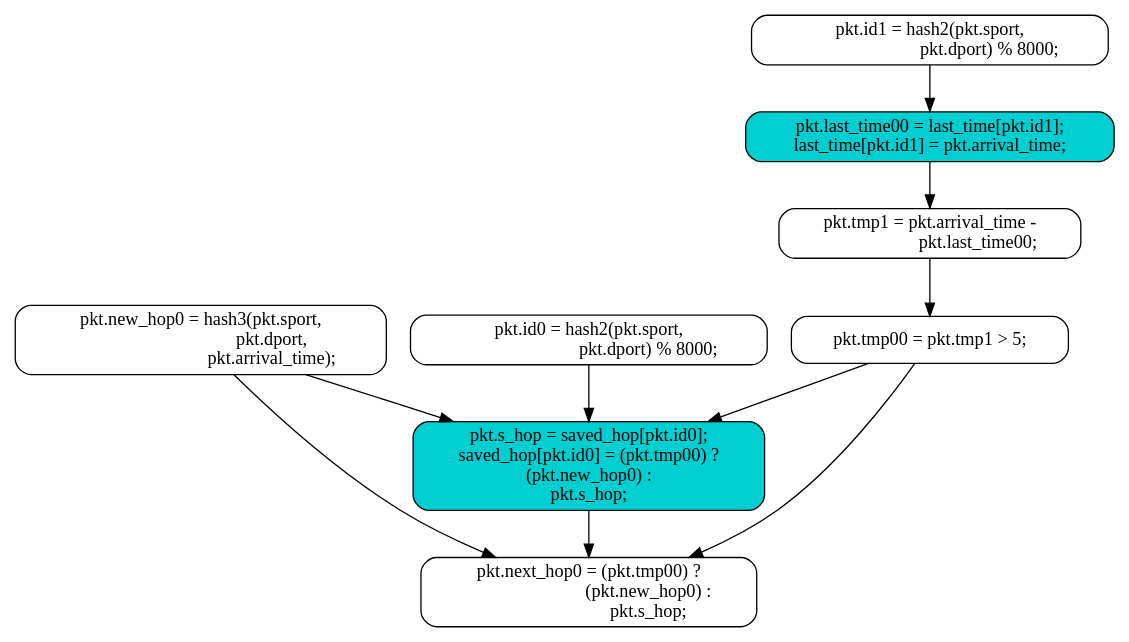
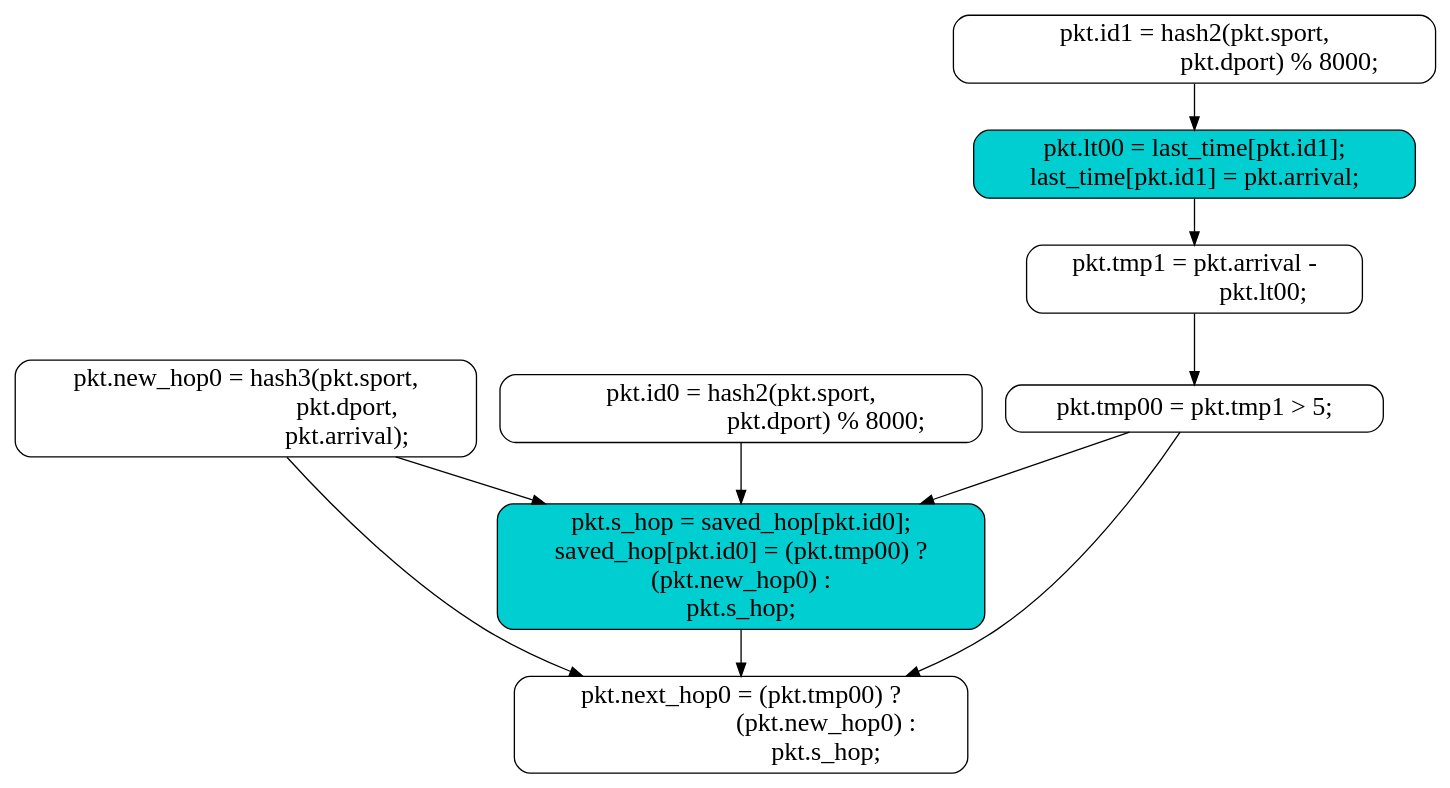
The diagram in pipe.dot (evelinad/domino-paper), drawn with Graphviz before and after one commit. The commit also changed 1 other file, not shown here.

Commit message:
Refine figure a bit further

```diff
--- a/pipe.dot
+++ b/pipe.dot
@@ -1,57 +1,57 @@
 digraph pipeline_diagram {
 	graph [splines=true];
-	node [fontsize=14,
+	node [fontsize=20,
 		shape=box,
 		style="rounded,filled"
 	];
 	17026276795536135580	 [fillcolor=white,
 		label="pkt.id0 = hash2(pkt.sport,
                            pkt.dport) % 8000;
 ",
 		pos="0,0"];
 	1888421132967276013	 [fillcolor=darkturquoise,
 		label="pkt.s_hop = saved_hop[pkt.id0];
 saved_hop[pkt.id0] = (pkt.tmp00) ?\n(pkt.new_hop0) :\npkt.s_hop;
 ",
 		pos="1000,75"];
 	17026276795536135580 -> 1888421132967276013;
 	14189279844170092958	 [fillcolor=white,
 		label="pkt.id1 = hash2(pkt.sport,
                            pkt.dport) % 8000;
 ",
 		pos="0,75"];
 	12446252659599601705	 [fillcolor=darkturquoise,
-		label="pkt.last_time00 = last_time[pkt.id1];
-last_time[pkt.id1] = pkt.arrival_time;
+		label="pkt.lt00 = last_time[pkt.id1];
+last_time[pkt.id1] = pkt.arrival;
 ",
-		pos="250,75"];
+		pos="300,75"];
 	14189279844170092958 -> 12446252659599601705;
 	2099629598090192900	 [fillcolor=white,
 		label="pkt.new_hop0 = hash3(pkt.sport,
                                 pkt.dport,
-                                pkt.arrival_time);
+                                pkt.arrival);
 ",
 		pos="0,150"];
 	2099629598090192900 -> 1888421132967276013;
 	6102173050205819670	 [fillcolor=white,
 		label="pkt.next_hop0 = (pkt.tmp00) ?
                            (pkt.new_hop0) :
                            pkt.s_hop;
 ",
-		pos="1300,0"];
+		pos="1400,0"];
 	2099629598090192900 -> 6102173050205819670;
 	16881394305680060328	 [fillcolor=white,
-		label="pkt.tmp1 = pkt.arrival_time -
-                      pkt.last_time00;
+		label="pkt.tmp1 = pkt.arrival -
+                      pkt.lt00;
 ",
 		pos="500,0"];
 	12446252659599601705 -> 16881394305680060328;
 	7814081429072624425	 [fillcolor=white,
 		label="pkt.tmp00 = pkt.tmp1 > 5;
 ",
 		pos="750,0"];
 	16881394305680060328 -> 7814081429072624425;
 	7814081429072624425 -> 1888421132967276013;
 	7814081429072624425 -> 6102173050205819670;
 	1888421132967276013 -> 6102173050205819670;
 }
```
